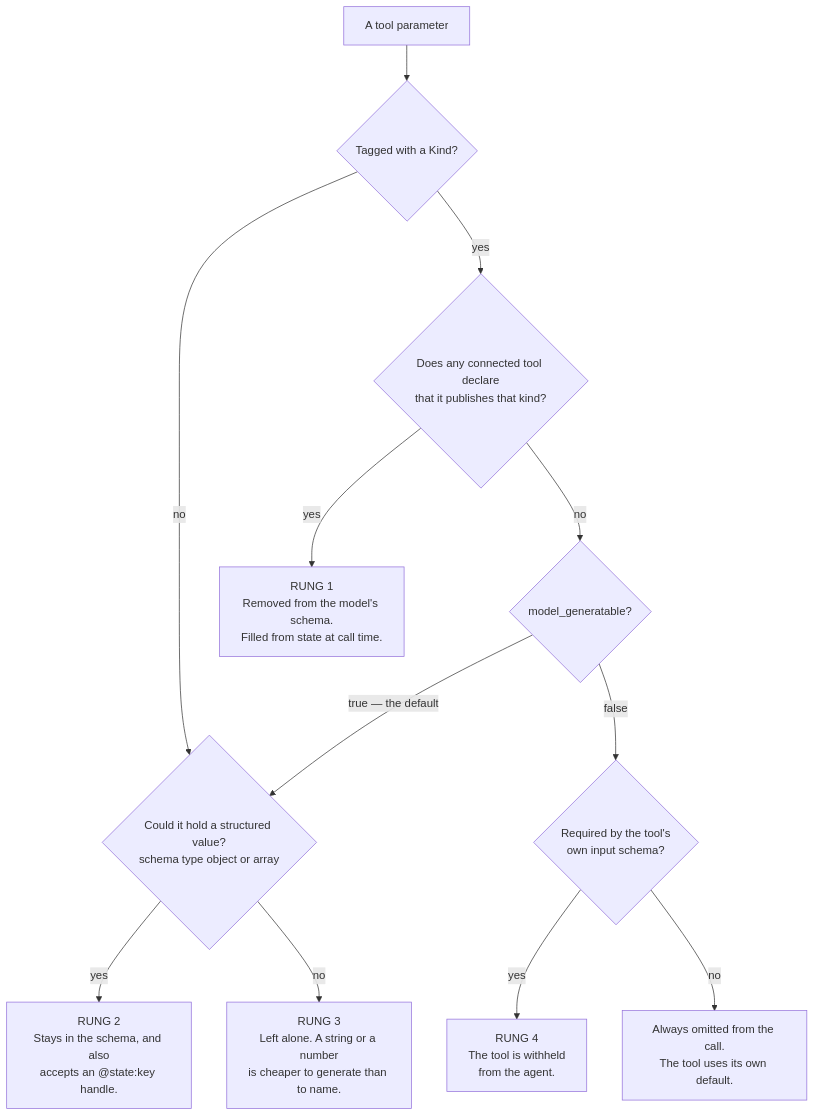
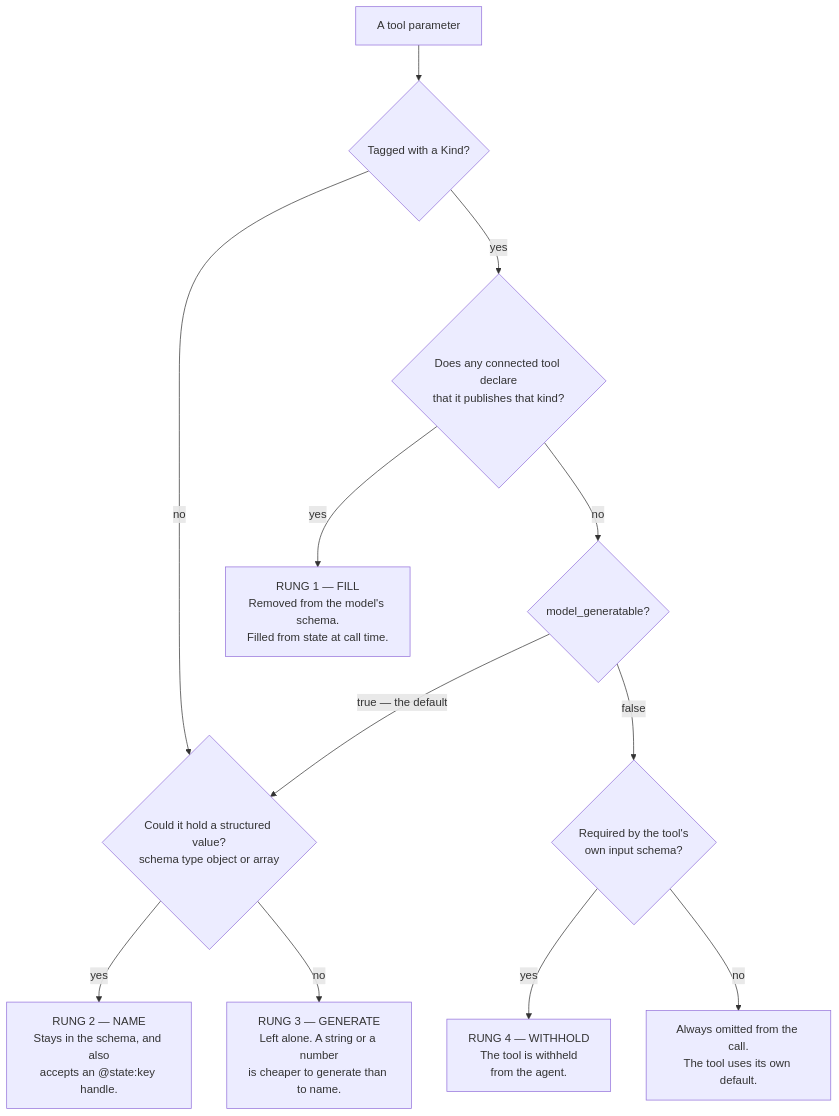
One commit to developmentseed/mcp-toolsets-runtime changed the first of 6 diagrams in docs/SESSION-STATE.md. Above: the diagram before and after it, drawn with Mermaid. The commit also changed other lines of this file and 2 other files, not shown here.

First line of the commit message:
docs(state): name the rungs and define handles

````diff
--- a/docs/SESSION-STATE.md
+++ b/docs/SESSION-STATE.md
@@ -39,19 +101,19 @@
 ```mermaid
 flowchart TD
     P["A tool parameter"] --> D{"Tagged with a Kind?"}
 
     D -->|no| B{"Could it hold a structured value?<br/>schema type object or array"}
     D -->|yes| K{"Does any connected tool declare<br/>that it publishes that kind?"}
 
-    K -->|yes| HIDE["RUNG 1<br/>Removed from the model's schema.<br/>Filled from state at call time."]
+    K -->|yes| HIDE["RUNG 1 — FILL<br/>Removed from the model's schema.<br/>Filled from state at call time."]
     K -->|no| G{"model_generatable?"}
 
     G -->|"true — the default"| B
     G -->|false| R{"Required by the tool's<br/>own input schema?"}
 
-    R -->|yes| W["RUNG 4<br/>The tool is withheld<br/>from the agent."]
+    R -->|yes| W["RUNG 4 — WITHHOLD<br/>The tool is withheld<br/>from the agent."]
     R -->|no| OMIT["Always omitted from the call.<br/>The tool uses its own default."]
 
-    B -->|yes| HANDLE["RUNG 2<br/>Stays in the schema, and also<br/>accepts an @state:key handle."]
-    B -->|no| LEAVE["RUNG 3<br/>Left alone. A string or a number<br/>is cheaper to generate than to name."]
+    B -->|yes| HANDLE["RUNG 2 — NAME<br/>Stays in the schema, and also<br/>accepts an @state:key handle."]
+    B -->|no| LEAVE["RUNG 3 — GENERATE<br/>Left alone. A string or a number<br/>is cheaper to generate than to name."]
 ```
````
